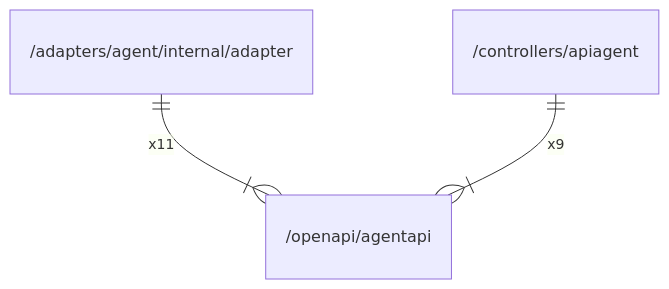
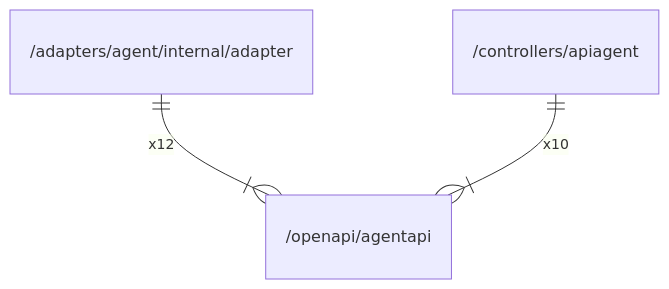
One commit to gbh007/hgraber-next changed the diagram in docs/arch/openapi/agentapi.md. Above: the diagram before and after it, drawn with Mermaid. The commit also changed other lines of this file and 98 other files, not shown here.

````diff
--- a/docs/arch/openapi/agentapi.md
+++ b/docs/arch/openapi/agentapi.md
@@ -45,5 +52,5 @@
 ```mermaid
 erDiagram
-    "/adapters/agent/internal/adapter" ||--|{ "/openapi/agentapi" : x11
-    "/controllers/apiagent" ||--|{ "/openapi/agentapi" : x9
+    "/adapters/agent/internal/adapter" ||--|{ "/openapi/agentapi" : x12
+    "/controllers/apiagent" ||--|{ "/openapi/agentapi" : x10
 ```
````
